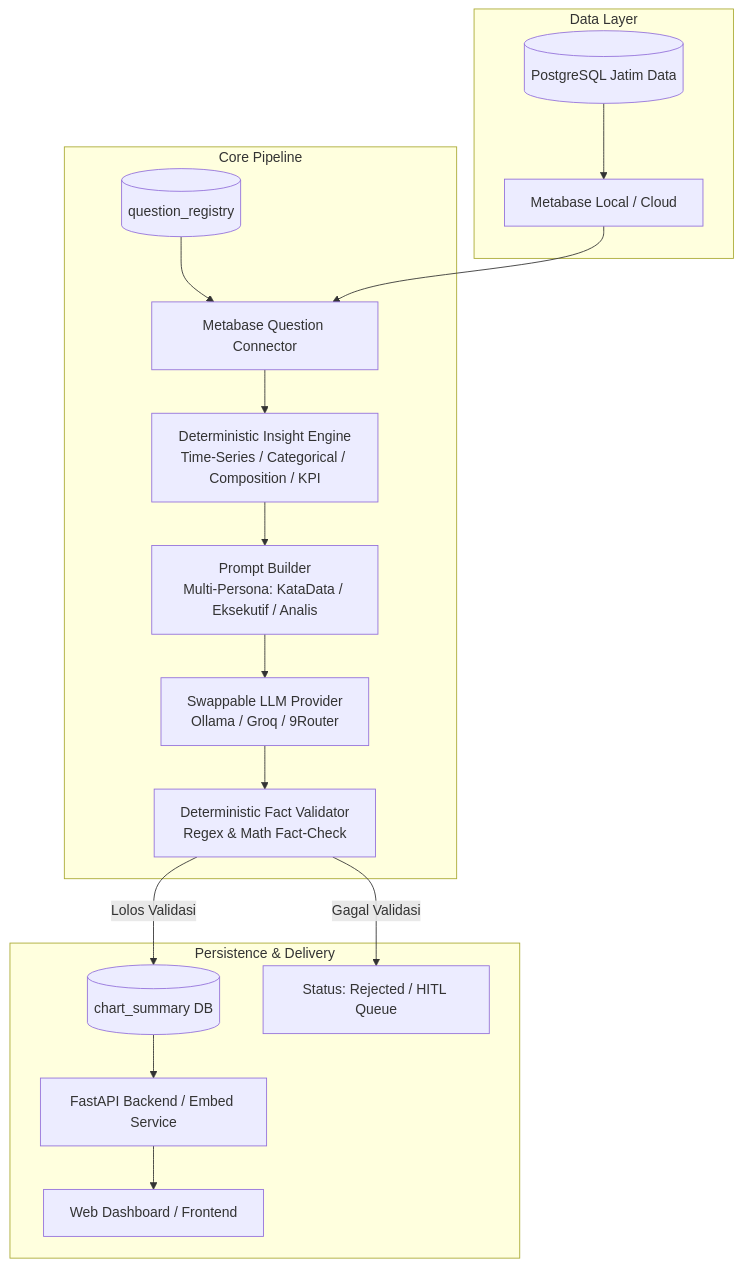
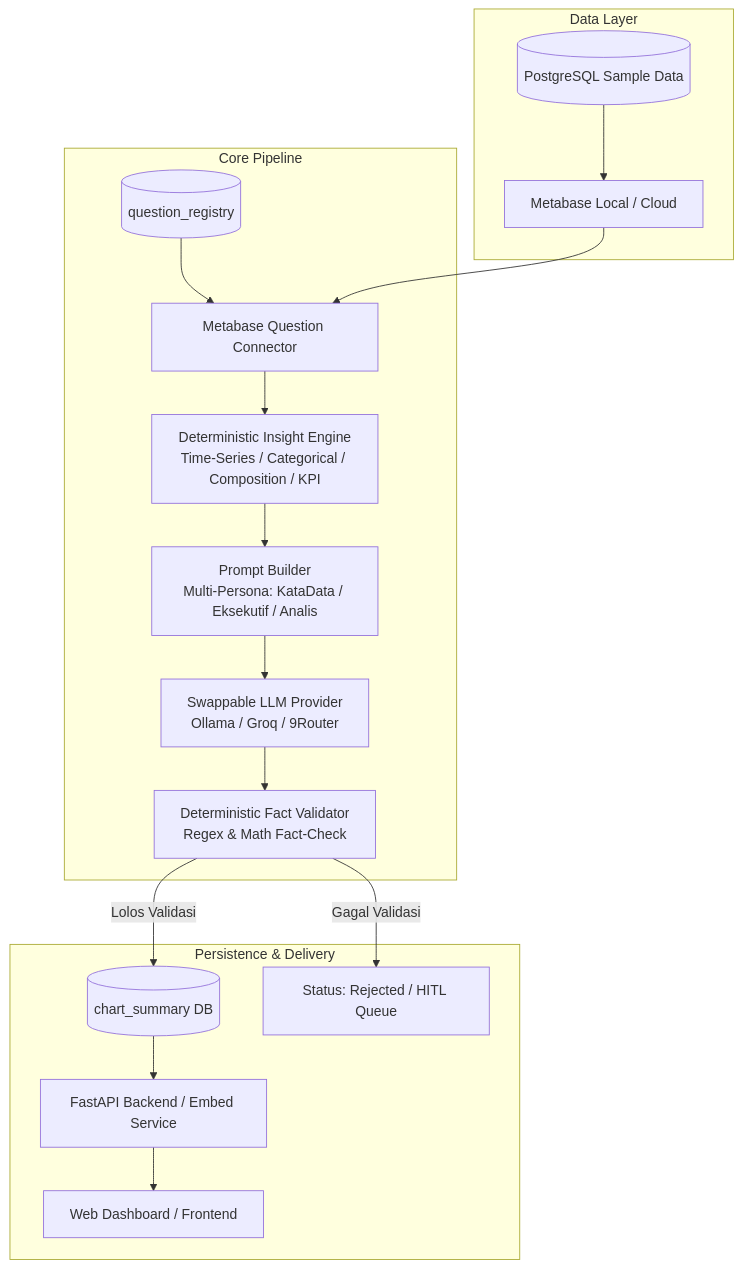
The diagram in README.md (nafisfhkr/auto-chart-summary-dashboard), drawn with Mermaid before and after one commit. The commit also changed other lines of this file and 2 other files, not shown here.

````diff
--- a/README.md
+++ b/README.md
@@ -27,22 +27,22 @@
 ```mermaid
 flowchart TD
     subgraph Data Layer
-        M_DB[(PostgreSQL Jatim Data)] --> MB[Metabase Local / Cloud]
+        M_DB[(PostgreSQL Sample Data)] --> MB[Metabase Local / Cloud]
     end
 
     subgraph Core Pipeline
         QR[(question_registry)] --> MCP[Metabase Question Connector]
         MB --> MCP
         MCP --> IE[Deterministic Insight Engine\nTime-Series / Categorical / Composition / KPI]
         IE --> PB[Prompt Builder\nMulti-Persona: KataData / Eksekutif / Analis]
         PB --> LLM[Swappable LLM Provider\nOllama / Groq / 9Router]
         LLM --> FV[Deterministic Fact Validator\nRegex & Math Fact-Check]
     end
 
     subgraph Persistence & Delivery
         FV -->|Lolos Validasi| CS[(chart_summary DB)]
         FV -->|Gagal Validasi| RJ[Status: Rejected / HITL Queue]
         CS --> API[FastAPI Backend / Embed Service]
         API --> UI[Web Dashboard / Frontend]
     end
 ```
````
